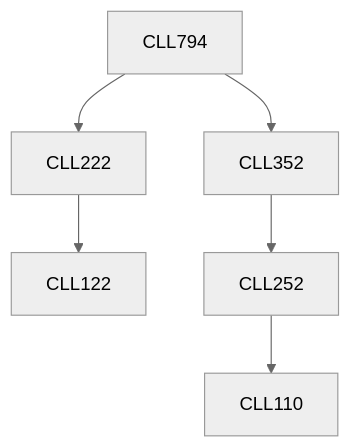
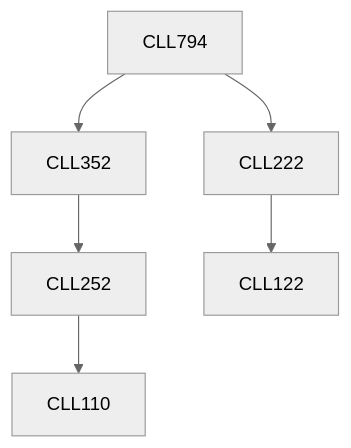
The diagram in content/Chemical Engineering/CLL794.md (KeshavBansal0122/CoS_Website), drawn with Mermaid (neutral theme) before and after one commit. The commit also changed other lines of this file and 2667 other files, not shown here.

````diff
--- a/content/Chemical Engineering/CLL794.md
+++ b/content/Chemical Engineering/CLL794.md
@@ -15,8 +13,12 @@
 ```mermaid
-graph TD
-CLL794 --> CLL222
-CLL222 --> CLL122
-CLL794 --> CLL352
-CLL352 --> CLL252
-CLL252 --> CLL110
+flowchart TD
+CLL794-167[CLL794]
+CLL794-167 --> CLL222-167[CLL222]
+CLL794-167 --> CLL352-167[CLL352]
+CLL352-167 --> CLL252-167[CLL252]
+CLL222-167 --> CLL122-167[CLL122]
+CLL252-167 --> CLL110-167[CLL110]
+
+classDef empty height:17px, fill:transparent, stroke:transparent;
+classDef trueEmpty height:0px, width:0px;
 ```
````
